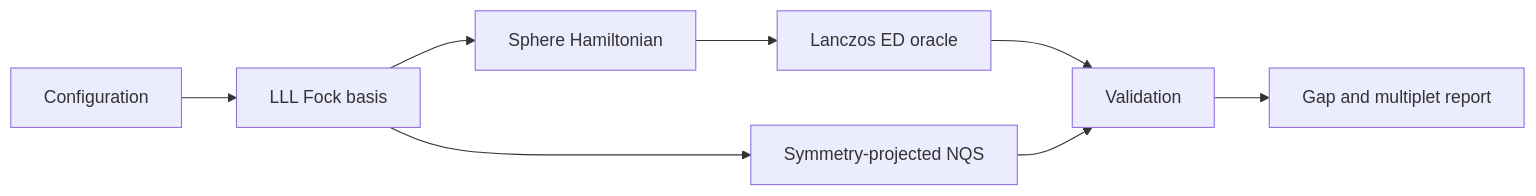
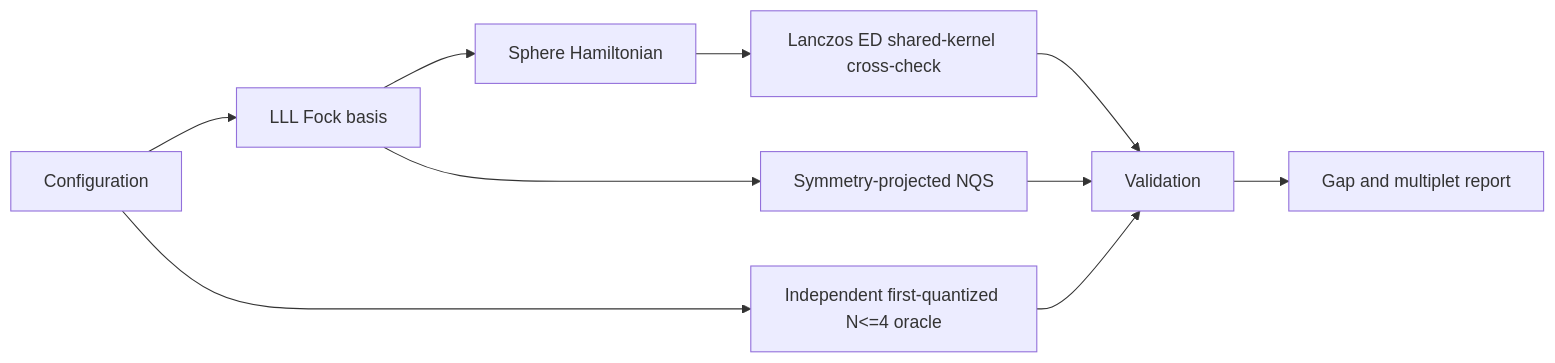
One commit to QuantumBFS/quantum.harness changed the first of 2 diagrams in tracks/qmc/solutions/Plasma-Team/DEV_DOCUMENT.md. Above: the diagram before and after it, drawn with Mermaid. The commit also changed other lines of this file and 19 other files, not shown here.

````diff
--- a/tracks/qmc/solutions/Plasma-Team/DEV_DOCUMENT.md
+++ b/tracks/qmc/solutions/Plasma-Team/DEV_DOCUMENT.md
@@ -35,10 +35,12 @@
 ```mermaid
 flowchart LR
     C[Configuration] --> B[LLL Fock basis]
     B --> H[Sphere Hamiltonian]
-    H --> ED[Lanczos ED oracle]
+    H --> ED[Lanczos ED shared-kernel cross-check]
+    C --> O[Independent first-quantized N<=4 oracle]
     B --> NQS[Symmetry-projected NQS]
     ED --> V[Validation]
+    O --> V
     NQS --> V
     V --> G[Gap and multiplet report]
 ```
````
